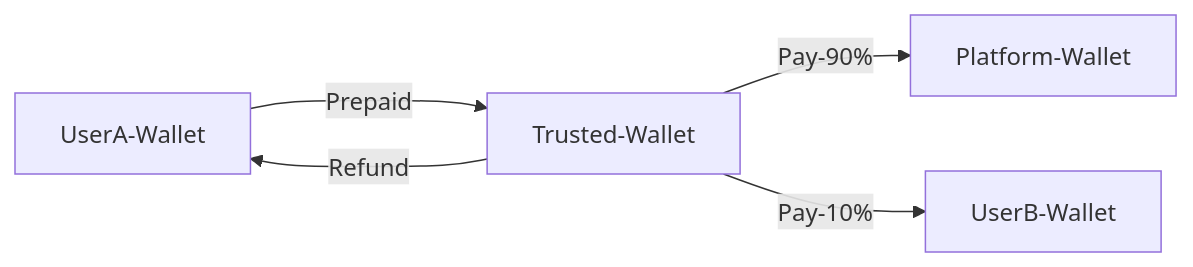
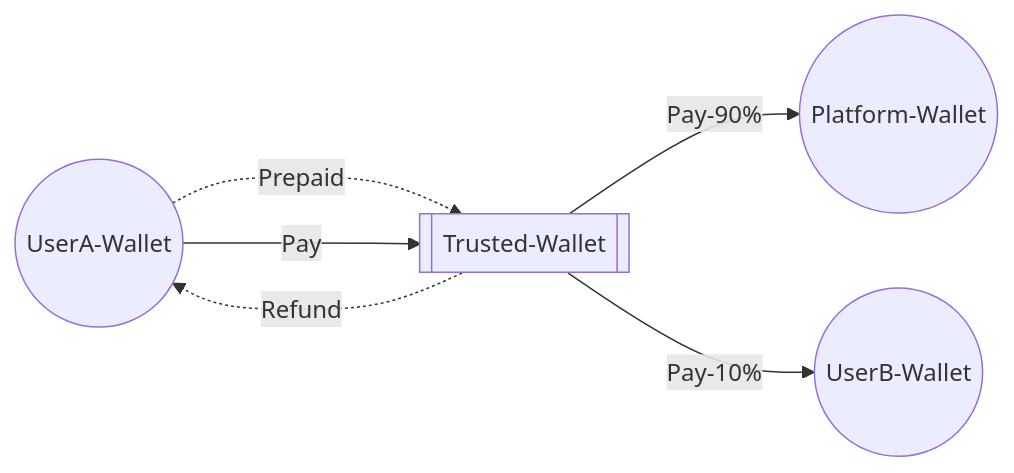
Before and after one commit to WALL-E/web3pay: the diagram in README.md, drawn with Mermaid.

````diff
--- a/README.md
+++ b/README.md
@@ -5,7 +5,8 @@
 ```mermaid
 graph LR;
-    UserA-Wallet--->|Prepaid|Trusted-Wallet;
-    Trusted-Wallet--->|Refund|UserA-Wallet;
-    Trusted-Wallet-->|Pay-90%|Platform-Wallet;
-    Trusted-Wallet-->|Pay-10%|UserB-Wallet;
+    A((UserA-Wallet))-.->|Prepaid|T[[Trusted-Wallet]];
+    A((UserA-Wallet))--->|Pay|T[[Trusted-Wallet]];
+    T[[Trusted-Wallet]]-.->|Refund|A((UserA-Wallet));
+    T[[Trusted-Wallet]]-->|Pay-90%|P((Platform-Wallet));
+    T[[Trusted-Wallet]]-->|Pay-10%|B((UserB-Wallet));
 ```
````
